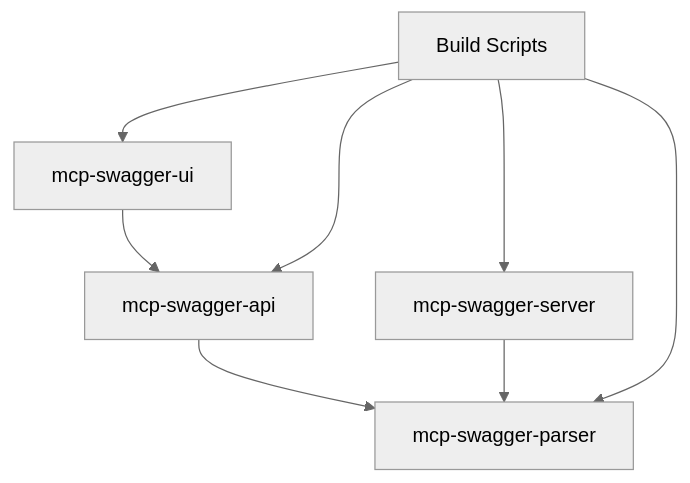
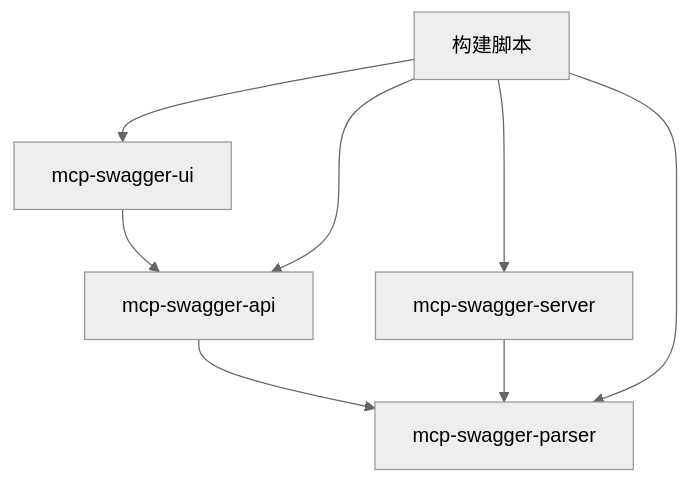
One commit to zaizaizhao/mcp-swagger-server changed the diagram in README.md. Above: the diagram before and after it, drawn with Mermaid (neutral theme). The commit also changed other lines of this file and 11 other files, not shown here.

````diff
--- a/README.md
+++ b/README.md
@@ -77,10 +77,10 @@
 ```mermaid
 graph TD
     A[mcp-swagger-ui] --> B[mcp-swagger-api]
     B --> C[mcp-swagger-parser]
     D[mcp-swagger-server] --> C
-    E[Build Scripts] --> A
+    E[构建脚本] --> A
     E --> B
     E --> C
     E --> D
 ```
````
